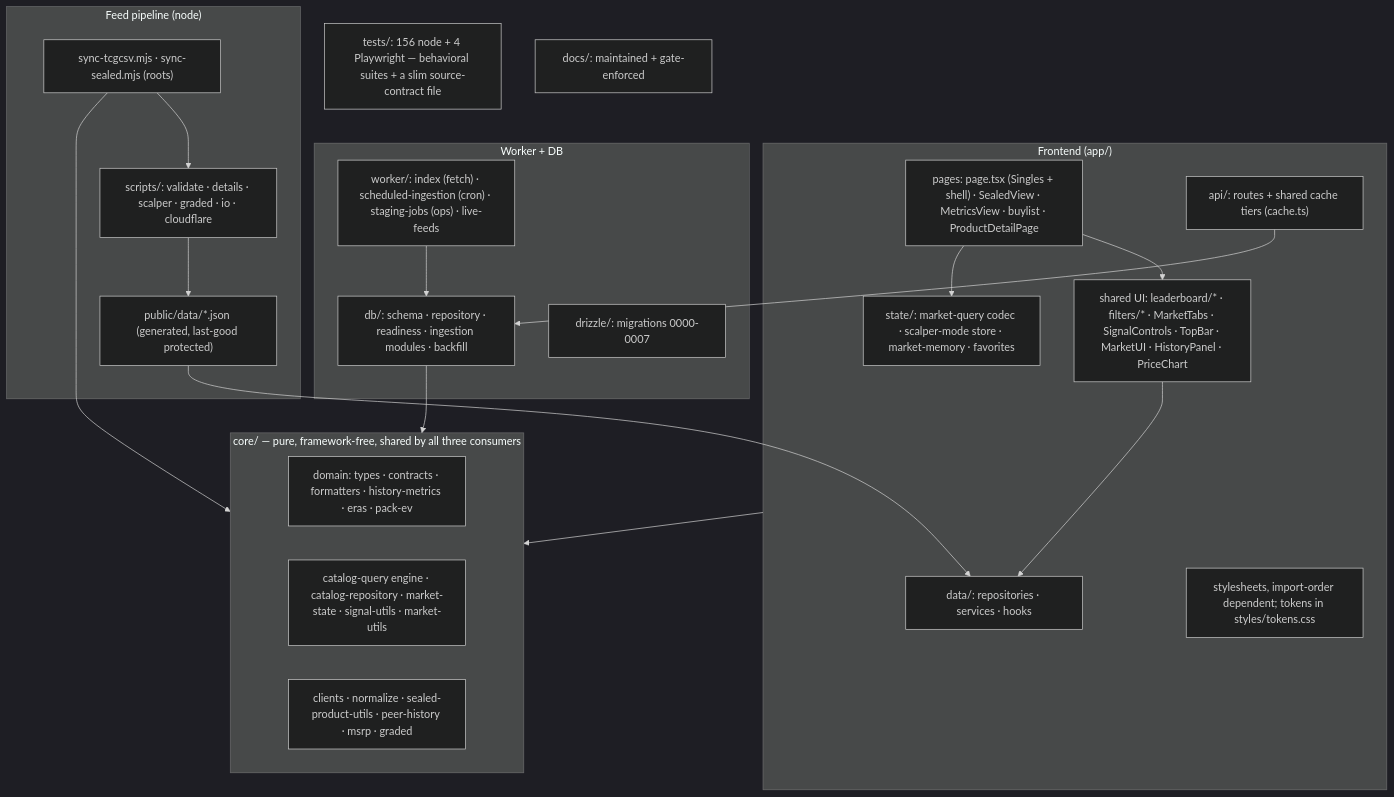
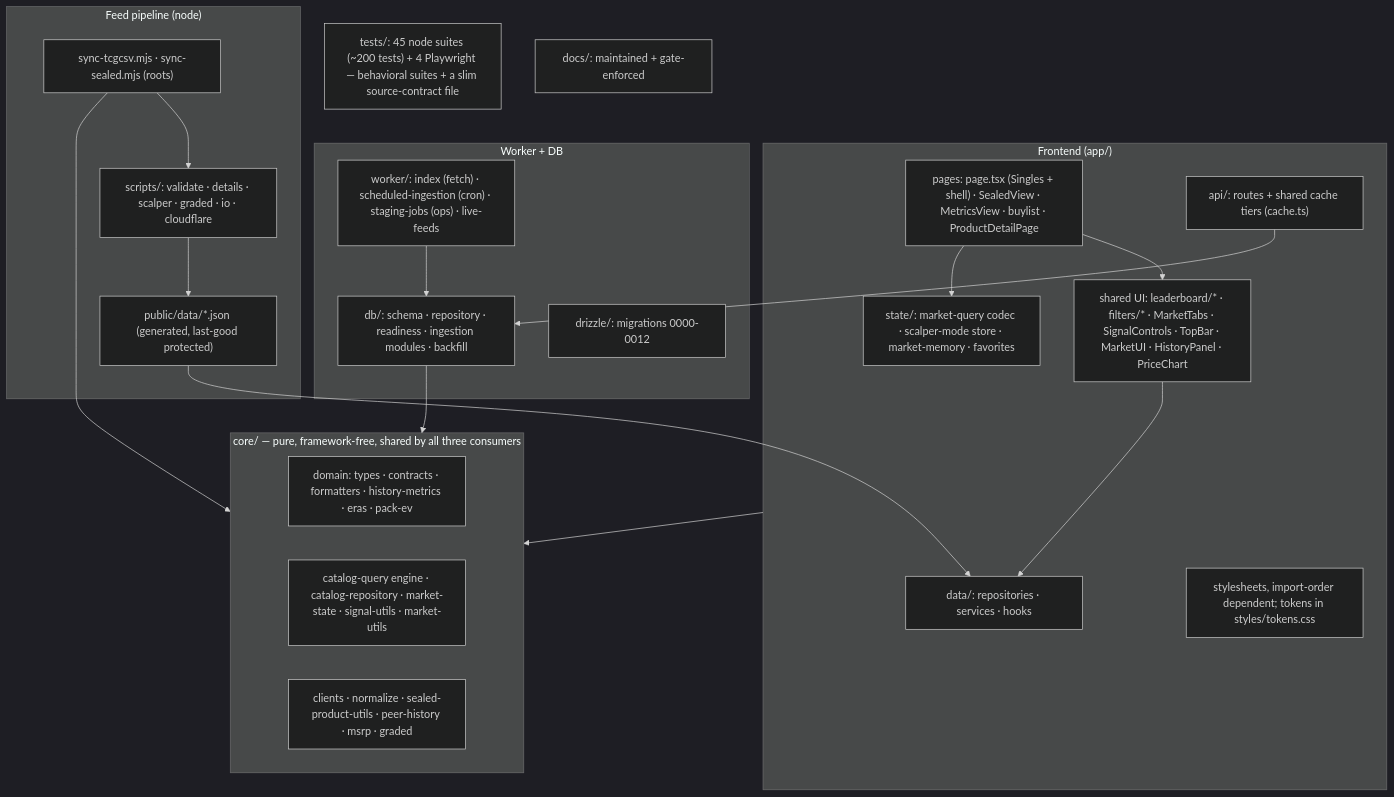
Before and after one commit to cjord/rawsignal: the first of 3 diagrams in docs/helicopter-view.md, drawn with Mermaid (dark theme). The commit also changed other lines of this file and 11 other files, not shown here.

````diff
--- a/docs/helicopter-view.md
+++ b/docs/helicopter-view.md
@@ -19,38 +19,38 @@
 ```mermaid
 flowchart TB
   subgraph frontend["Frontend (app/)"]
     pages["pages: page.tsx (Singles + shell) · SealedView · MetricsView · buylist · ProductDetailPage"]
     prims["shared UI: leaderboard/* · filters/* · MarketTabs · SignalControls · TopBar · MarketUI · HistoryPanel · PriceChart"]
     state["state/: market-query codec · scalper-mode store · market-memory · favorites"]
     dataL["data/: repositories · services · hooks"]
     api["api/: routes + shared cache tiers (cache.ts)"]
     css["stylesheets, import-order dependent; tokens in styles/tokens.css"]
   end
   subgraph core["core/ — pure, framework-free, shared by all three consumers"]
     domain["domain: types · contracts · formatters · history-metrics · eras · pack-ev"]
     engine["catalog-query engine · catalog-repository · market-state · signal-utils · market-utils"]
     pipe["clients · normalize · sealed-product-utils · peer-history · msrp · graded"]
   end
   subgraph backend["Worker + DB"]
     worker["worker/: index (fetch) · scheduled-ingestion (cron) · staging-jobs (ops) · live-feeds"]
     db["db/: schema · repository · readiness · ingestion modules · backfill"]
-    drizzle["drizzle/: migrations 0000-0007"]
+    drizzle["drizzle/: migrations 0000-0012"]
   end
   subgraph pipeline["Feed pipeline (node)"]
     sync["sync-tcgcsv.mjs · sync-sealed.mjs (roots)"]
     scripts["scripts/: validate · details · scalper · graded · io · cloudflare"]
     feeds["public/data/*.json (generated, last-good protected)"]
   end
-  tests["tests/: 156 node + 4 Playwright — behavioral suites + a slim source-contract file"]
+  tests["tests/: 45 node suites (~200 tests) + 4 Playwright — behavioral suites + a slim source-contract file"]
   docs["docs/: maintained + gate-enforced"]
 
   pages --> prims --> dataL
   pages --> state
   frontend --> core
   api --> db
   worker --> db
   db --> core
   sync --> scripts --> feeds
   sync --> core
   feeds --> dataL
 ```
````
